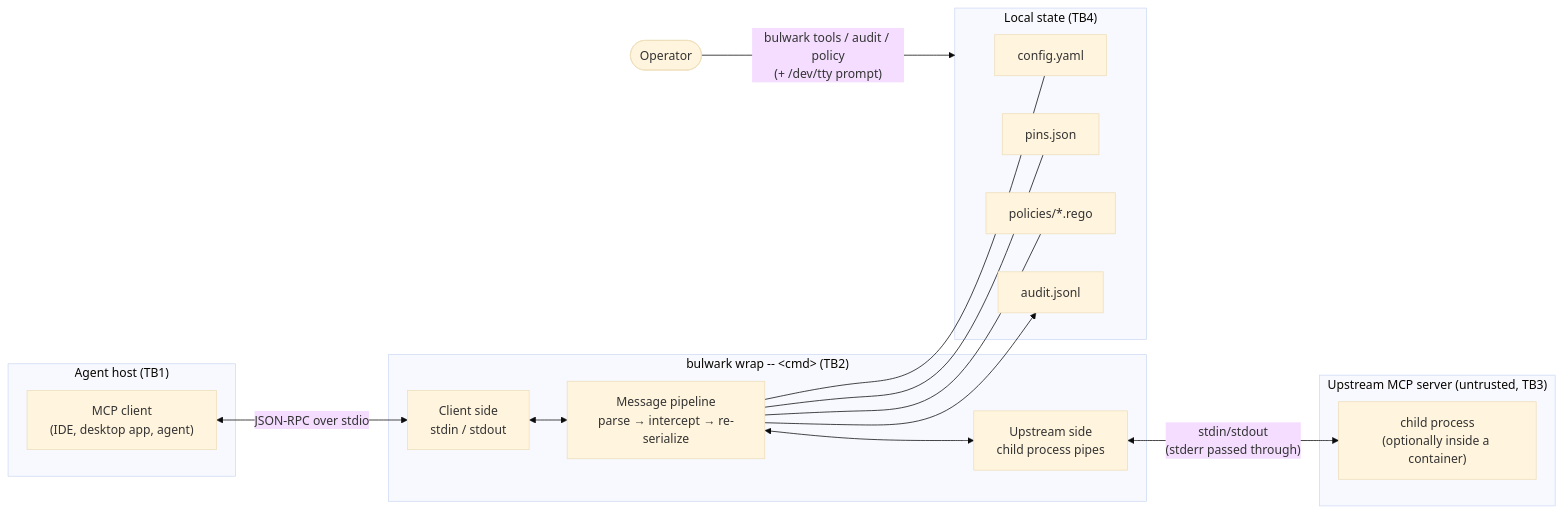
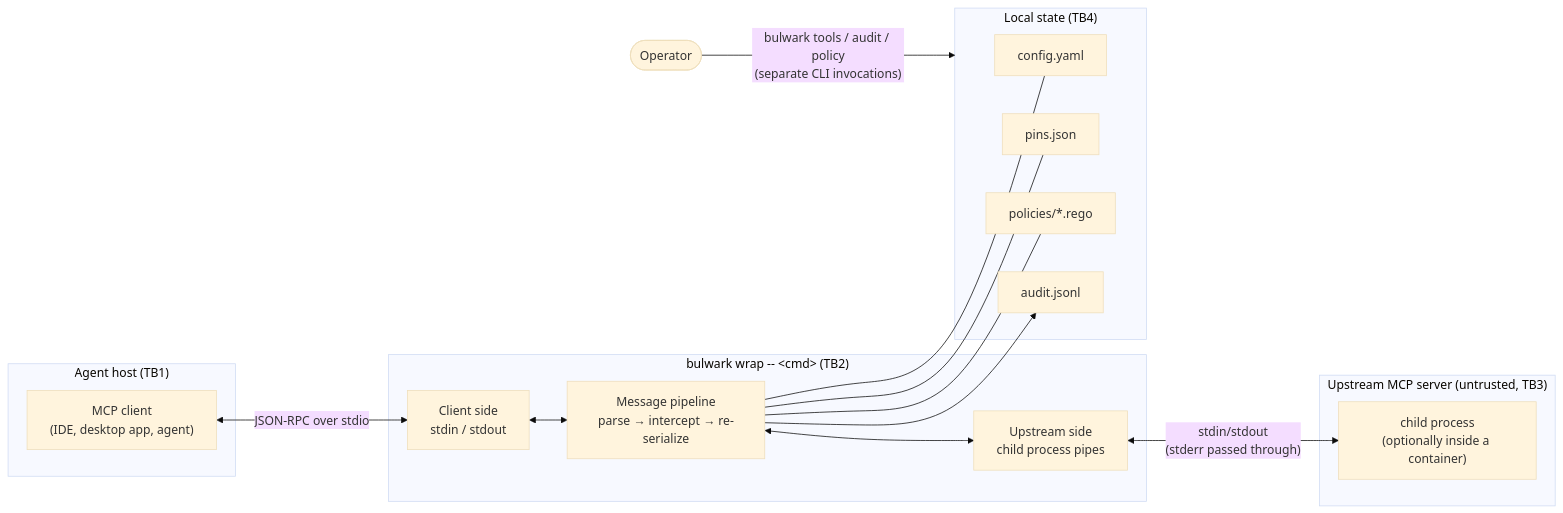
The second of 7 diagrams in DESIGN.md (1337-llama/robust-mcp-bulwark), drawn with Mermaid (base theme) before and after one commit. The commit also changed other lines of this file and 6 other files, not shown here.

````diff
--- a/DESIGN.md
+++ b/DESIGN.md
@@ -212,29 +213,29 @@
 ```mermaid
 flowchart LR
   subgraph Host["Agent host (TB1)"]
     C["MCP client<br/>(IDE, desktop app, agent)"]
   end
   subgraph BW["bulwark wrap -- &lt;cmd&gt; (TB2)"]
     FE["Client side<br/>stdin / stdout"]
     PL["Message pipeline<br/>parse → intercept → re-serialize"]
     BE["Upstream side<br/>child process pipes"]
   end
   subgraph Up["Upstream MCP server (untrusted, TB3)"]
     S["child process<br/>(optionally inside a container)"]
   end
   subgraph St["Local state (TB4)"]
     CF["config.yaml"]
     PN["pins.json"]
     PO["policies/*.rego"]
     AU["audit.jsonl"]
   end
   OP(["Operator"])
   C <-->|"JSON-RPC over stdio"| FE
   FE <--> PL <--> BE
   BE <-->|"stdin/stdout<br/>(stderr passed through)"| S
   PL --- CF
   PL --- PN
   PL --- PO
   PL --> AU
-  OP -->|"bulwark tools / audit / policy<br/>(+ /dev/tty prompt)"| St
+  OP -->|"bulwark tools / audit / policy<br/>(separate CLI invocations)"| St
 ```
````
